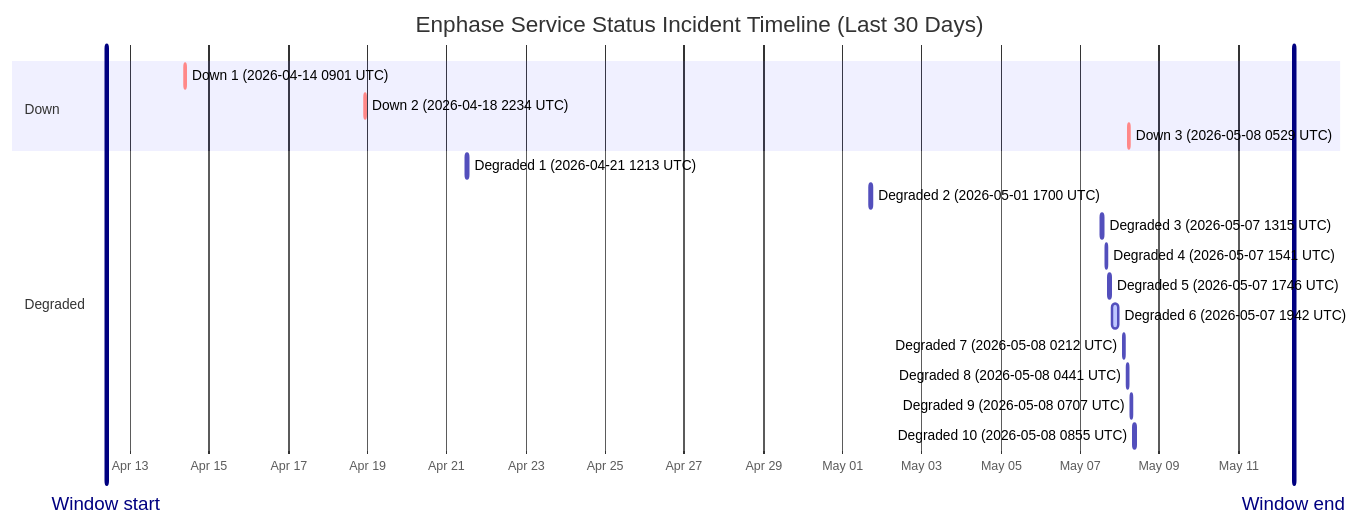
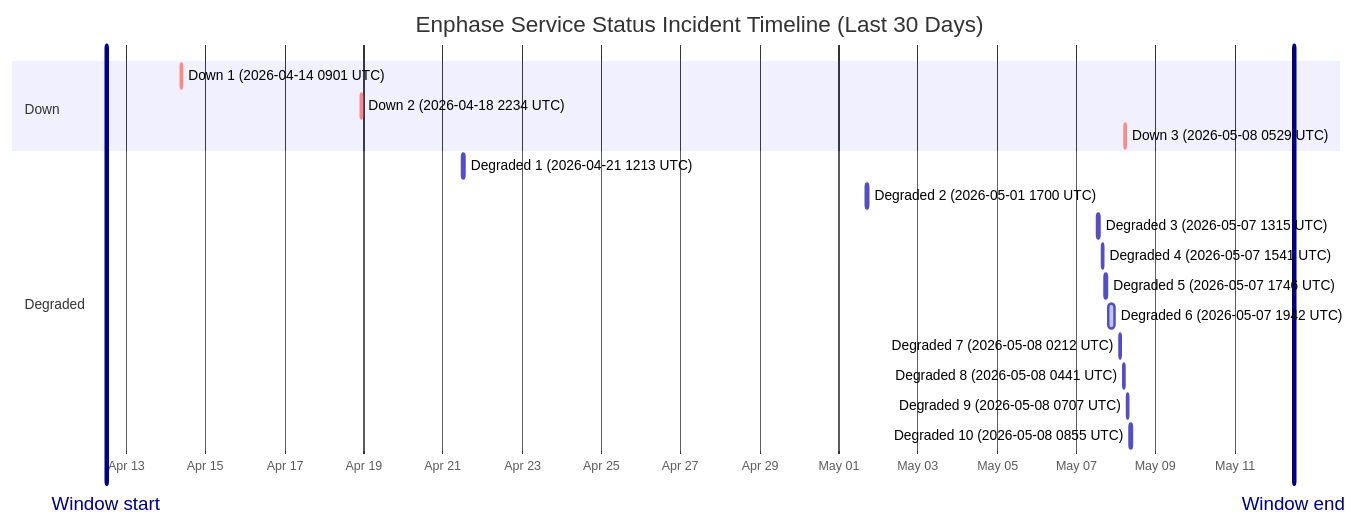
The diagram in wiki/Service-Status-History.md (barneyonline/ha-enphase-ev-charger), drawn with Mermaid before and after one commit. The commit also changed other lines of this file and 3 other files, not shown here.

````diff
--- a/wiki/Service-Status-History.md
+++ b/wiki/Service-Status-History.md
@@ -14,23 +14,23 @@
 ```mermaid
 gantt
     title Enphase Service Status Incident Timeline (Last 30 Days)
     dateFormat  YYYY-MM-DDTHH:mm:ss
     axisFormat  %b %d
-    Window start :vert, window-start, 2026-04-12T09:37:43, 0ms
-    Window end :vert, window-end, 2026-05-12T09:37:43, 0ms
+    Window start :vert, window-start, 2026-04-12T11:53:50, 0ms
+    Window end :vert, window-end, 2026-05-12T11:53:50, 0ms
     section Down
     Down 1 (2026-04-14 0901 UTC) :crit, down-1, 2026-04-14T09:01:13, 60m
     Down 2 (2026-04-18 2234 UTC) :crit, down-2, 2026-04-18T22:34:13, 60m
     Down 3 (2026-05-08 0529 UTC) :crit, down-3, 2026-05-08T05:29:47, 60m
     section Degraded
     Degraded 1 (2026-04-21 1213 UTC) :active, degraded-1, 2026-04-21T12:13:11, 60m
     Degraded 2 (2026-05-01 1700 UTC) :active, degraded-2, 2026-05-01T17:00:22, 60m
     Degraded 3 (2026-05-07 1315 UTC) :active, degraded-3, 2026-05-07T13:15:25, 60m
     Degraded 4 (2026-05-07 1541 UTC) :active, degraded-4, 2026-05-07T15:41:58, 60m
     Degraded 5 (2026-05-07 1746 UTC) :active, degraded-5, 2026-05-07T17:46:51, 60m
     Degraded 6 (2026-05-07 1942 UTC) :active, degraded-6, 2026-05-07T19:42:10, 249m
     Degraded 7 (2026-05-08 0212 UTC) :active, degraded-7, 2026-05-08T02:12:39, 60m
     Degraded 8 (2026-05-08 0441 UTC) :active, degraded-8, 2026-05-08T04:41:46, 60m
     Degraded 9 (2026-05-08 0707 UTC) :active, degraded-9, 2026-05-08T07:07:30, 60m
     Degraded 10 (2026-05-08 0855 UTC) :active, degraded-10, 2026-05-08T08:55:20, 88m
 ```
````
